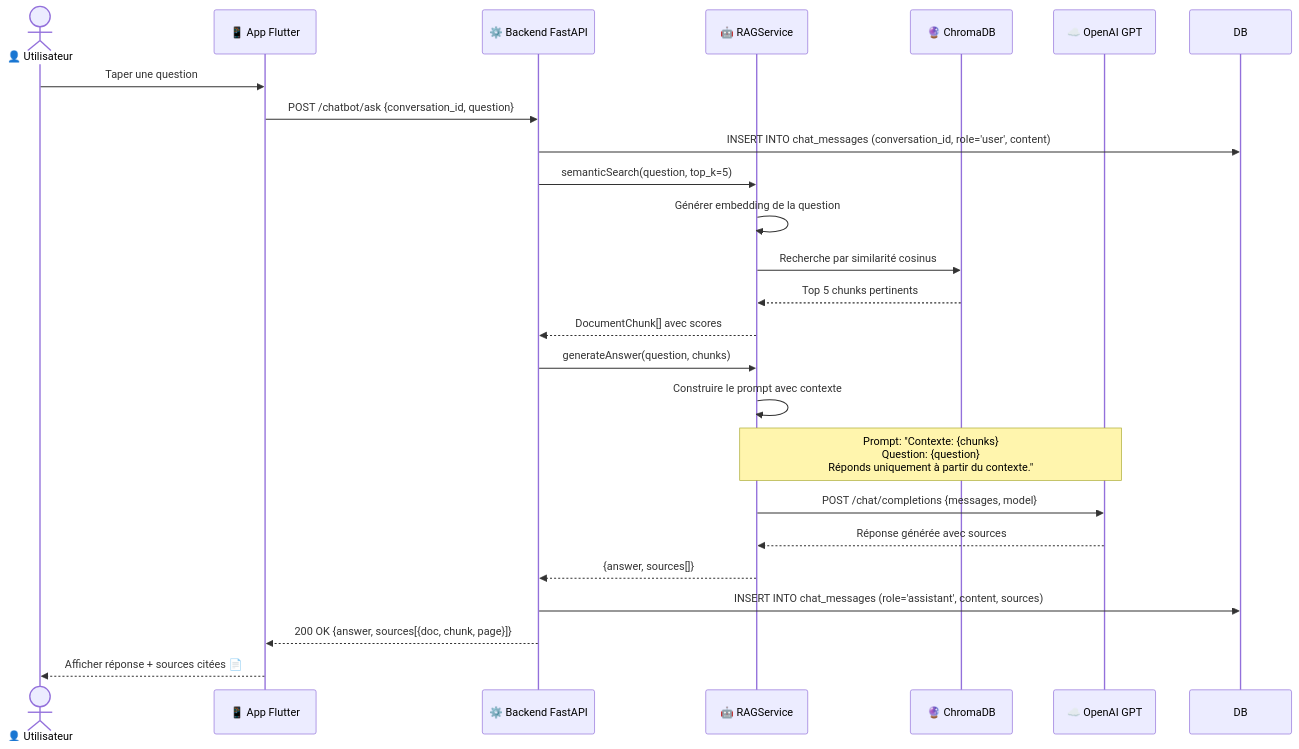
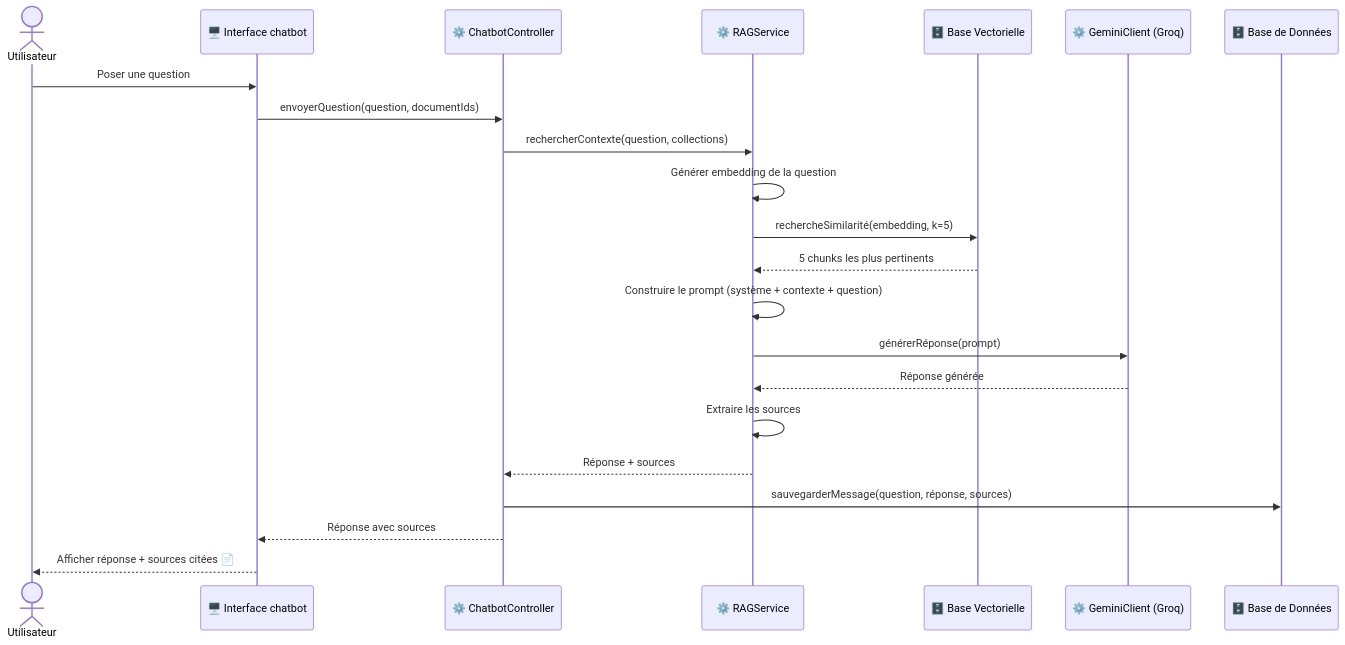
One commit to Jkacem/smart_focus changed the ninth of 16 diagrams in docs/Conception_DiagrammeSequence.md. Above: the diagram before and after it, drawn with Mermaid. The commit also changed other lines of this file and 93 other files, not shown here.

````diff
--- a/docs/Conception_DiagrammeSequence.md
+++ b/docs/Conception_DiagrammeSequence.md
@@ -322,33 +290,28 @@
 ```mermaid
 sequenceDiagram
-    actor User as 👤 Utilisateur
-    participant App as 📱 App Flutter
-    participant API as ⚙️ Backend FastAPI
-    participant RAG as 🤖 RAGService
-    participant Chroma as 🔮 ChromaDB
-    participant LLM as ☁️ OpenAI GPT
+    actor Utilisateur
+    participant B as 🖥️ Interface chatbot
+    participant C as ⚙️ ChatbotController
+    participant RAG as ⚙️ RAGService
+    participant EV as 🗄️ Base Vectorielle
+    participant LLM as ⚙️ GeminiClient (Groq)
+    participant E as 🗄️ Base de Données
 
-    User->>App: Taper une question
-    App->>API: POST /chatbot/ask {conversation_id, question}
-    
-    API->>DB: INSERT INTO chat_messages (conversation_id, role='user', content)
-    
-    API->>RAG: semanticSearch(question, top_k=5)
+    Utilisateur->>B: Poser une question
+    B->>C: envoyerQuestion(question, documentIds)
+    C->>RAG: rechercherContexte(question, collections)
+
     RAG->>RAG: Générer embedding de la question
-    RAG->>Chroma: Recherche par similarité cosinus
-    Chroma-->>RAG: Top 5 chunks pertinents
-    RAG-->>API: DocumentChunk[] avec scores
-    
-    API->>RAG: generateAnswer(question, chunks)
-    RAG->>RAG: Construire le prompt avec contexte
-    
-    Note over RAG, LLM: Prompt: "Contexte: {chunks}<br/>Question: {question}<br/>Réponds uniquement à partir du contexte."
-    
-    RAG->>LLM: POST /chat/completions {messages, model}
-    LLM-->>RAG: Réponse générée avec sources
-    RAG-->>API: {answer, sources[]}
-    
-    API->>DB: INSERT INTO chat_messages (role='assistant', content, sources)
-    API-->>App: 200 OK {answer, sources[{doc, chunk, page}]}
-    App-->>User: Afficher réponse + sources citées 📄
+    RAG->>EV: rechercheSimilarité(embedding, k=5)
+    EV-->>RAG: 5 chunks les plus pertinents
+
+    RAG->>RAG: Construire le prompt (système + contexte + question)
+    RAG->>LLM: générerRéponse(prompt)
+    LLM-->>RAG: Réponse générée
+    RAG->>RAG: Extraire les sources
+    RAG-->>C: Réponse + sources
+
+    C->>E: sauvegarderMessage(question, réponse, sources)
+    C-->>B: Réponse avec sources
+    B-->>Utilisateur: Afficher réponse + sources citées 📄
 ```
````
